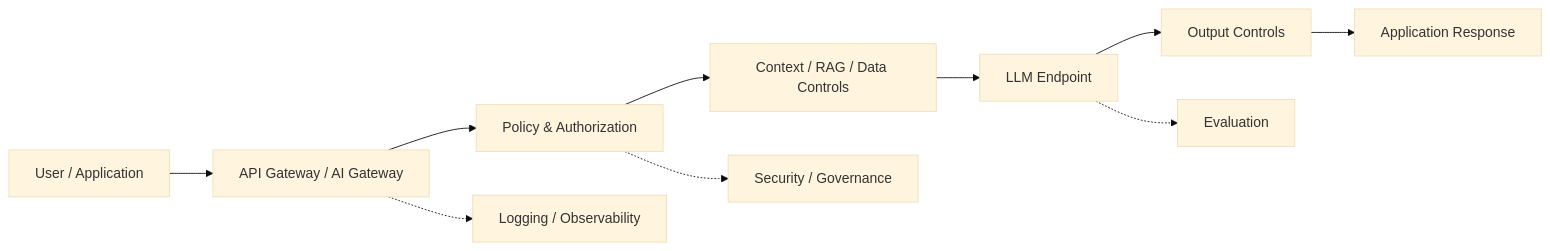
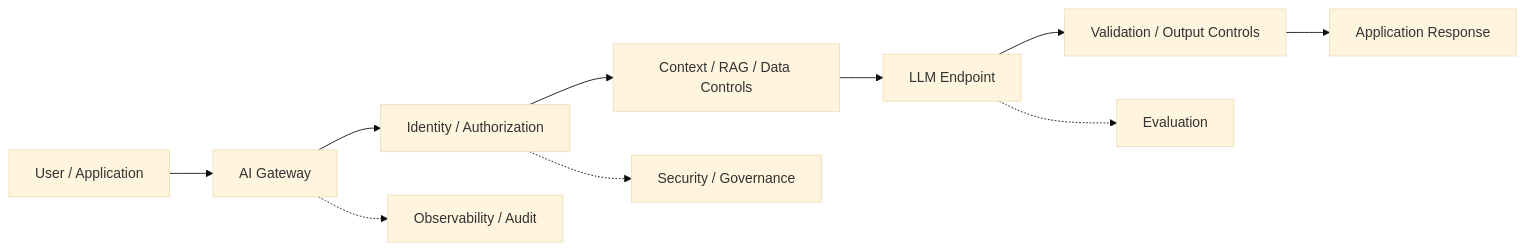
One commit to huda-salam/ai-architecture-advisor-book changed the first of 12 diagrams in docs/chapters/09-enterprise-llm-architecture.md. Above: the diagram before and after it, drawn with Mermaid (base theme). The commit also changed other lines of this file, not shown here.

Commit message:
Harden Chapter 9 enterprise LLM architecture foundation

````diff
--- a/docs/chapters/09-enterprise-llm-architecture.md
+++ b/docs/chapters/09-enterprise-llm-architecture.md
@@ -41,13 +42,13 @@
 ```mermaid
 flowchart LR
-    U[User / Application] --> G[API Gateway / AI Gateway]
-    G --> P[Policy & Authorization]
-    P --> C[Context / RAG / Data Controls]
+    U[User / Application] --> G[AI Gateway]
+    G --> I[Identity / Authorization]
+    I --> C[Context / RAG / Data Controls]
     C --> M[LLM Endpoint]
-    M --> O[Output Controls]
-    O --> A[Application Response]
+    M --> V[Validation / Output Controls]
+    V --> A[Application Response]
 
-    G -.-> L[Logging / Observability]
+    G -.-> O[Observability / Audit]
     M -.-> E[Evaluation]
-    P -.-> S[Security / Governance]
+    I -.-> S[Security / Governance]
 ```
````
